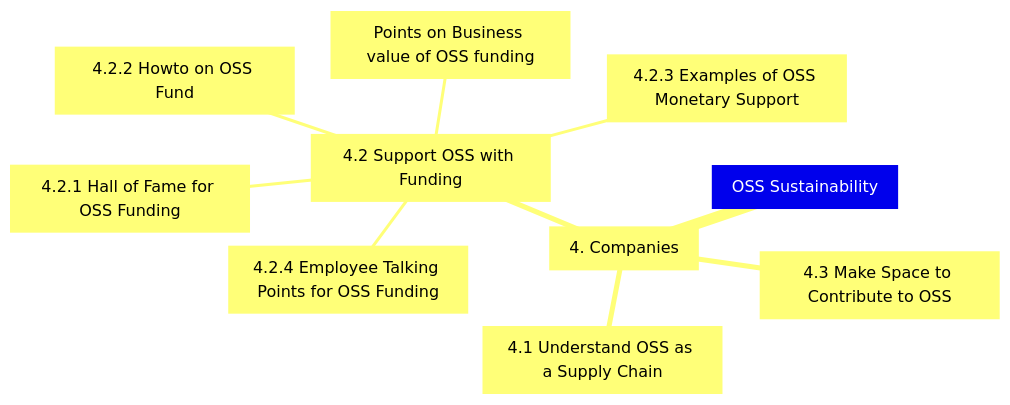
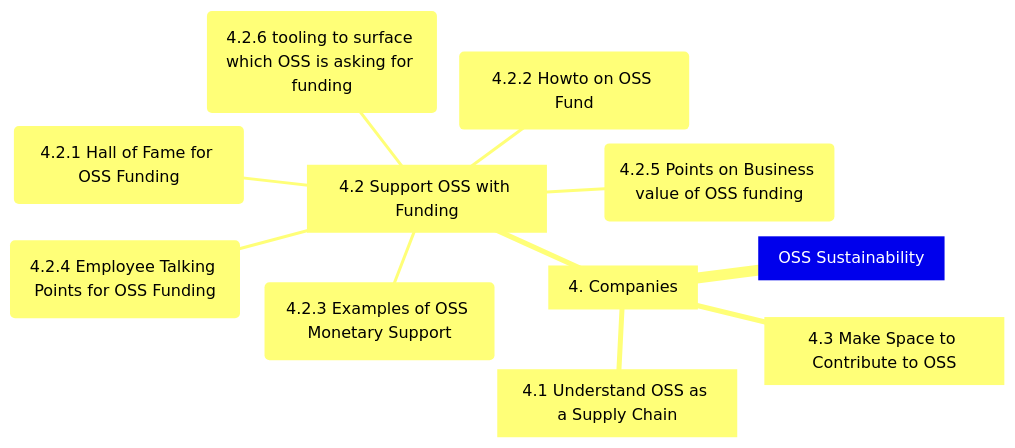
The fourth of 7 diagrams in README.md (AWiderDotNET/home), drawn with Mermaid before and after one commit. The commit also changed other lines of this file, not shown here.

````diff
--- a/README.md
+++ b/README.md
@@ -61,13 +72,14 @@
 ```mermaid
 mindmap
   root[OSS Sustainability]
     4[4. Companies]
       4.1[4.1 Understand OSS as a Supply Chain]
       4.2[4.2 Support OSS with Funding]
-        4.2.1[4.2.1 Hall of Fame for OSS Funding]
-        4.2.2[4.2.2 Howto on OSS Fund]
-        4.2.3[4.2.3 Examples of OSS Monetary Support]
-        4.2.4[4.2.4 Employee Talking Points for OSS Funding]
-        4.2.5[Points on Business value of OSS funding]
+        4.2.1(4.2.1 Hall of Fame for OSS Funding)
+        4.2.2(4.2.2 Howto on OSS Fund)
+        4.2.3(4.2.3 Examples of OSS Monetary Support)
+        4.2.4(4.2.4 Employee Talking Points for OSS Funding)
+        4.2.5(4.2.5 Points on Business value of OSS funding)
+        4.2.6(4.2.6 tooling to surface which OSS is asking for funding)
       4.3[4.3 Make Space to Contribute to OSS]
 ```
````
